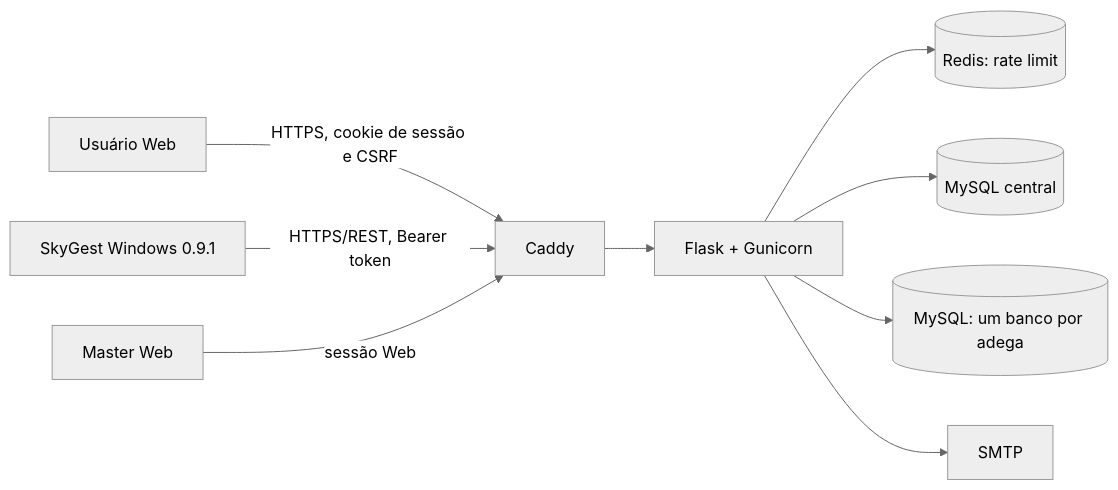
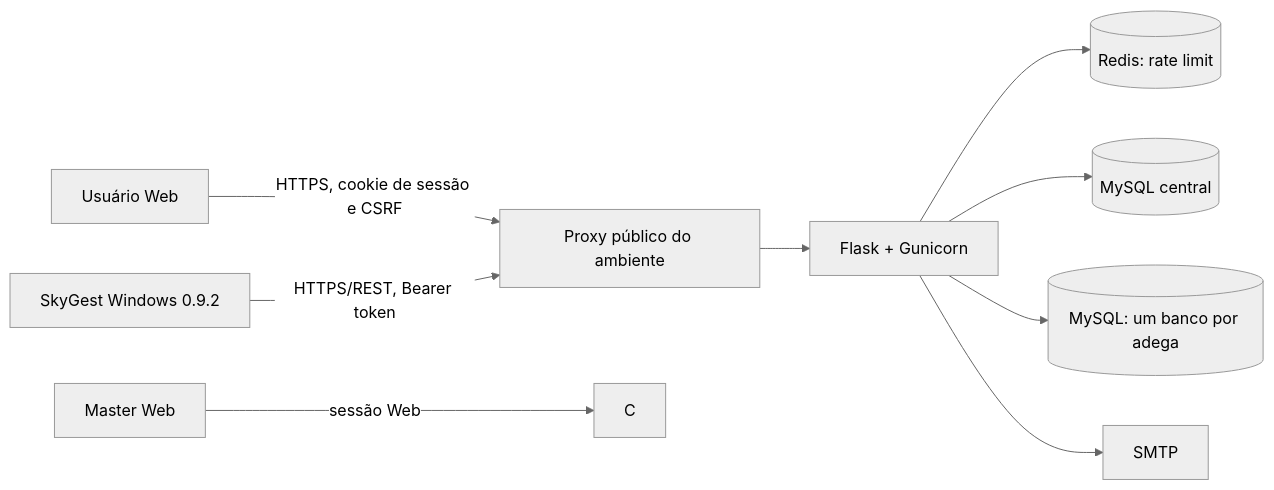
Before and after one commit to RafaelBG7/pdv2026: the first of 6 diagrams in DOCUMENTACAO_COMPLETA.md, drawn with Mermaid (neutral theme). The commit also changed other lines of this file and 39 other files, not shown here.

````diff
--- a/DOCUMENTACAO_COMPLETA.md
+++ b/DOCUMENTACAO_COMPLETA.md
@@ -70,11 +70,11 @@
 ```mermaid
 flowchart LR
-    U[Usuário Web] -->|HTTPS, cookie de sessão e CSRF| C[Caddy]
-    W[SkyGest Windows 0.9.1] -->|HTTPS/REST, Bearer token| C
-    C --> F[Flask + Gunicorn]
+    U[Usuário Web] -->|HTTPS, cookie de sessão e CSRF| E[Proxy público do ambiente]
+    W[SkyGest Windows 0.9.2] -->|HTTPS/REST, Bearer token| E
+    E --> F[Flask + Gunicorn]
     F --> R[(Redis: rate limit)]
     F --> B[(MySQL central)]
     F --> T[(MySQL: um banco por adega)]
     F --> S[SMTP]
     M[Master Web] -->|sessão Web| C
 ```
````
